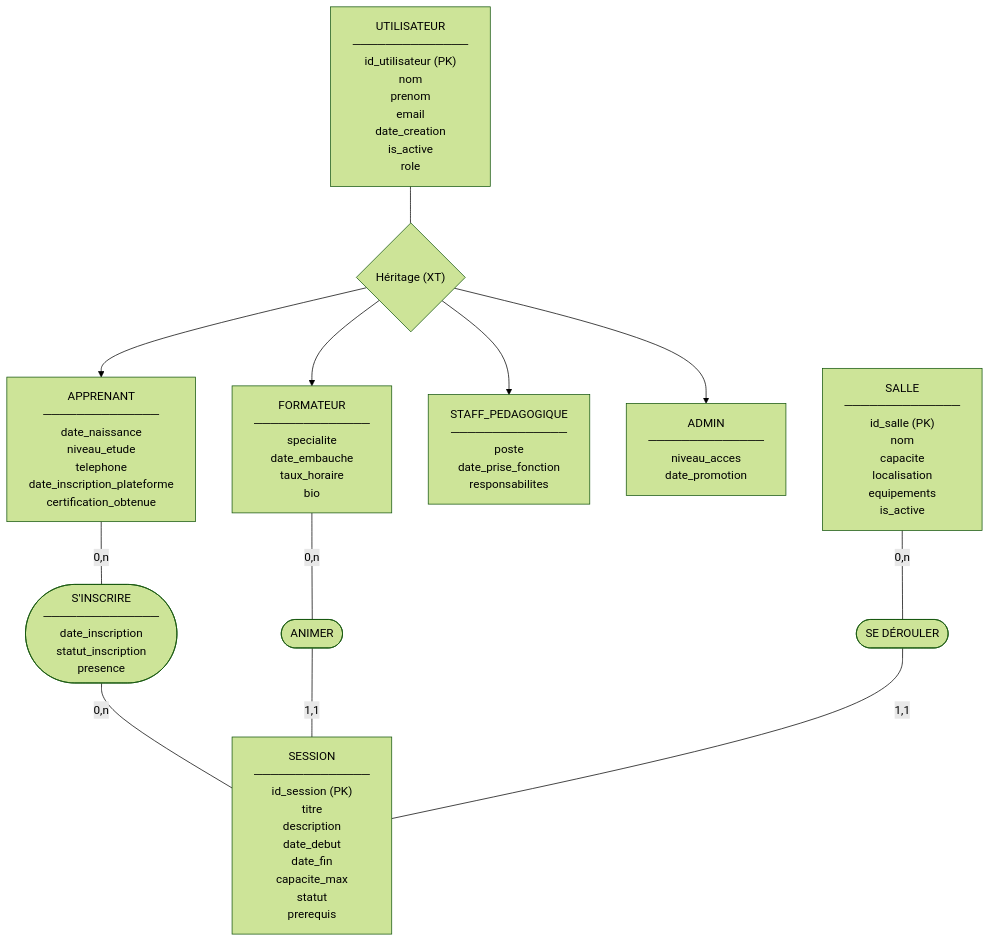
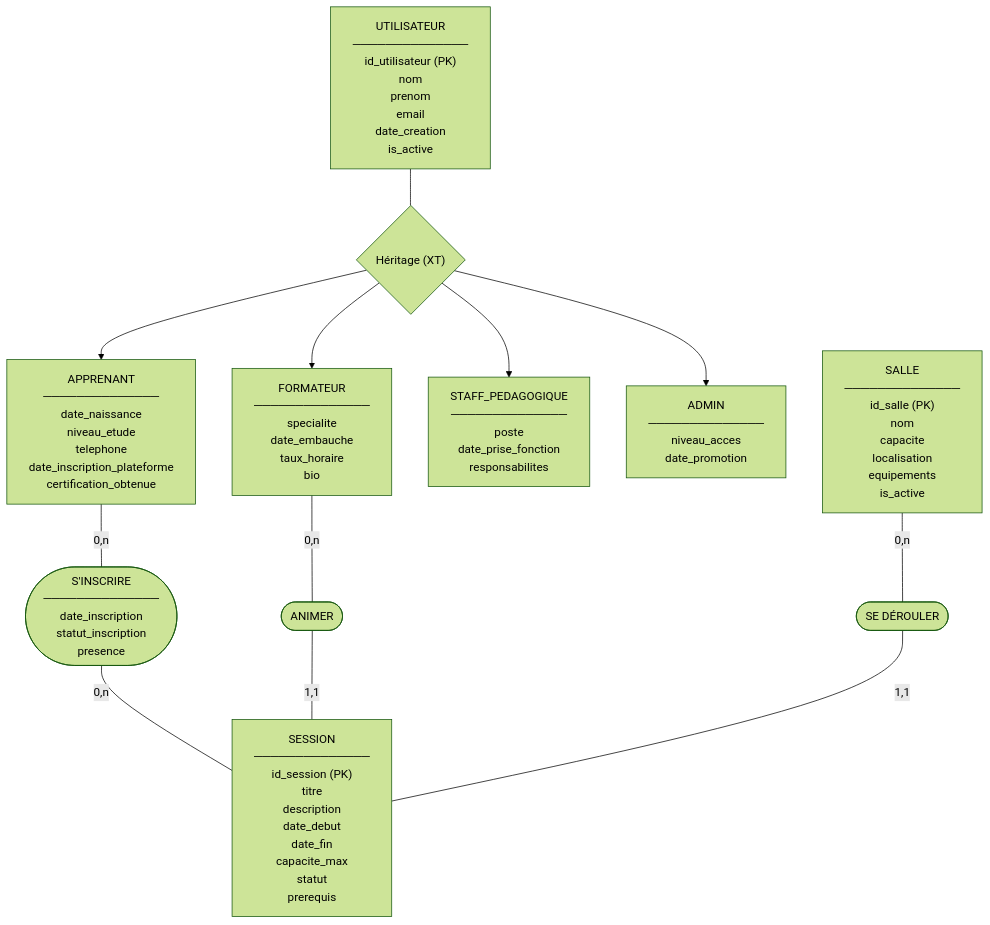
Before and after one commit to romainravasini-del/brief_bdd_orm: the second of 3 diagrams in README.md, drawn with Mermaid (forest theme). The commit also changed 1 other file, not shown here.

Commit message:
rm -role from MCD and readme

```diff
--- a/README.md
+++ b/README.md
@@ -190,8 +190,7 @@
     prenom
     email
     date_creation
-    is_active
-    role"]
+    is_active"]
 
     HERITAGE{"Héritage (XT)"}
 
```
